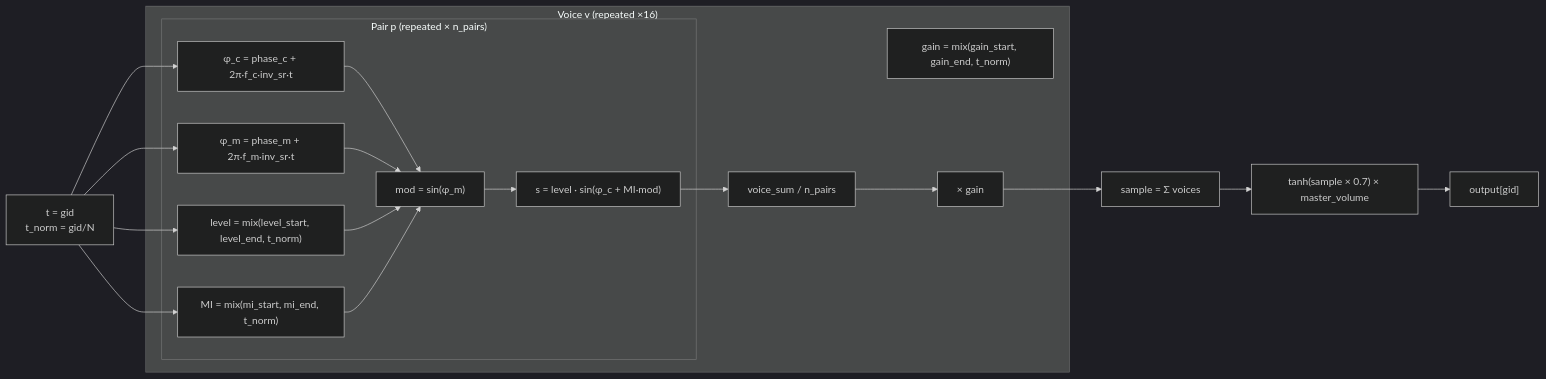
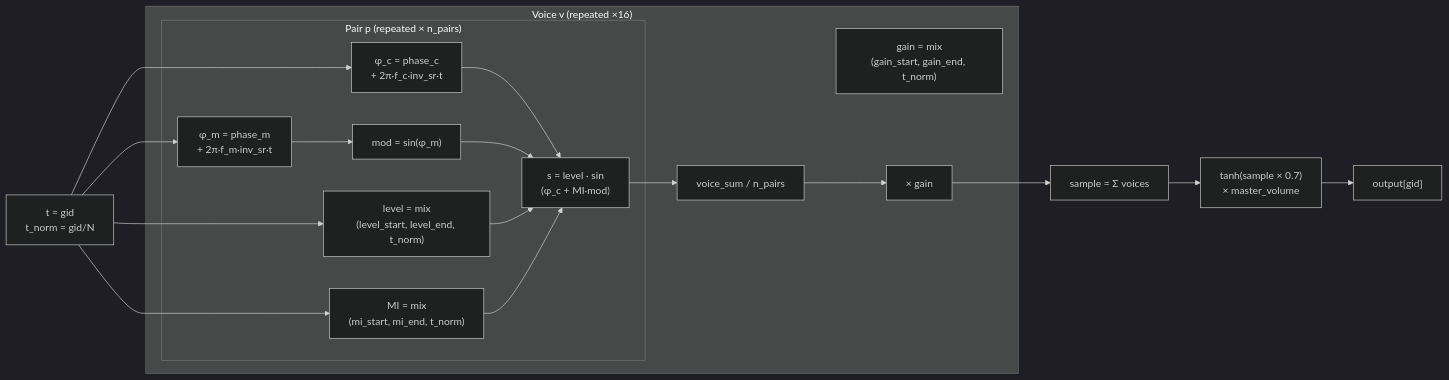
One commit to jaakkopee/neuronSeqPerform changed the third of 4 diagrams in synth_native/FM_SYNTH_DOCS.md. Above: the diagram before and after it, drawn with Mermaid (dark theme). The commit also changed other lines of this file, not shown here.

Commit message:
Fix Mermaid diagram HTML entities, signal flow logic, and t_norm normalization

````diff
--- a/synth_native/FM_SYNTH_DOCS.md
+++ b/synth_native/FM_SYNTH_DOCS.md
@@ -356,29 +356,33 @@
 ```mermaid
 flowchart LR
-    T[t = gid\nt_norm = gid/N]
+    T[t = gid<br/>t_norm = gid/N]
 
     subgraph Voice_v["Voice v  (repeated ×16)"]
-        G["gain = mix(gain_start, gain_end, t_norm)"]
+        G["gain = mix<br/>(gain_start, gain_end, t_norm)"]
 
         subgraph Pair_p["Pair p  (repeated × n_pairs)"]
-            PC["φ_c = phase_c + 2π·f_c·inv_sr·t"]
-            PM["φ_m = phase_m + 2π·f_m·inv_sr·t"]
-            IL["level = mix(level_start, level_end, t_norm)"]
-            IM["MI = mix(mi_start, mi_end, t_norm)"]
+            PC["φ_c = phase_c<br/>+ 2π·f_c·inv_sr·t"]
+            PM["φ_m = phase_m<br/>+ 2π·f_m·inv_sr·t"]
+            IL["level = mix<br/>(level_start, level_end, t_norm)"]
+            IM["MI = mix<br/>(mi_start, mi_end, t_norm)"]
             MOD["mod = sin(φ_m)"]
-            FM["s = level · sin(φ_c + MI·mod)"]
+            FM["s = level · sin<br/>(φ_c + MI·mod)"]
         end
 
         NORM["voice_sum / n_pairs"]
         VSCALE["× gain"]
     end
 
     SUM["sample = Σ voices"]
-    CLIP["tanh(sample × 0.7) × master_volume"]
+    CLIP["tanh(sample × 0.7)<br/>× master_volume"]
     OUT["output[gid]"]
 
-    T --> PC & PM & IL & IM
-    PC & PM & IL & IM --> MOD --> FM
+    T --> PC & PM
+    T --> IL & IM
+    PC --> FM
+    PM --> MOD --> FM
+    IL --> FM
+    IM --> FM
     FM --> NORM --> VSCALE --> SUM
     SUM --> CLIP --> OUT
 ```
````
